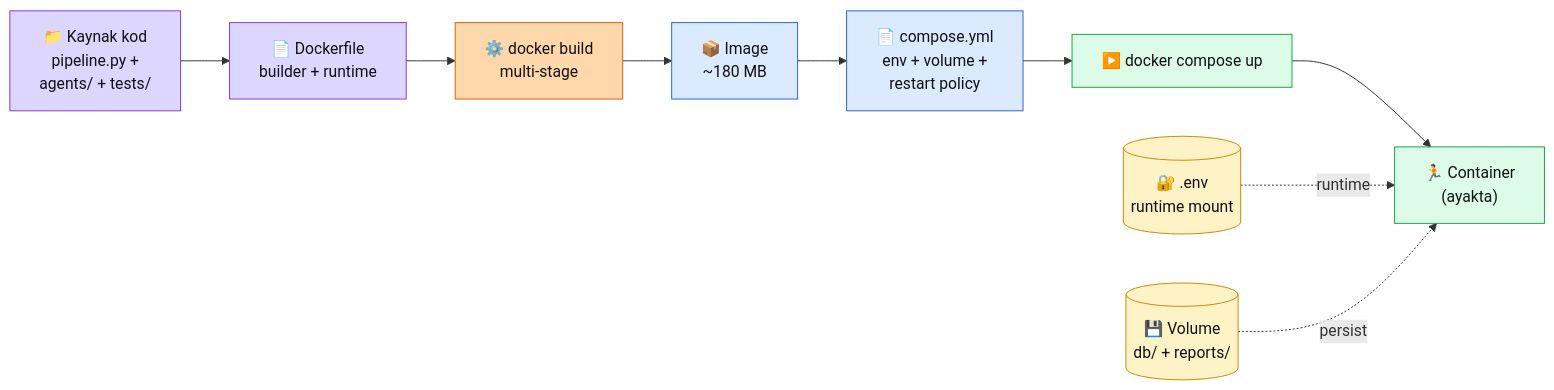
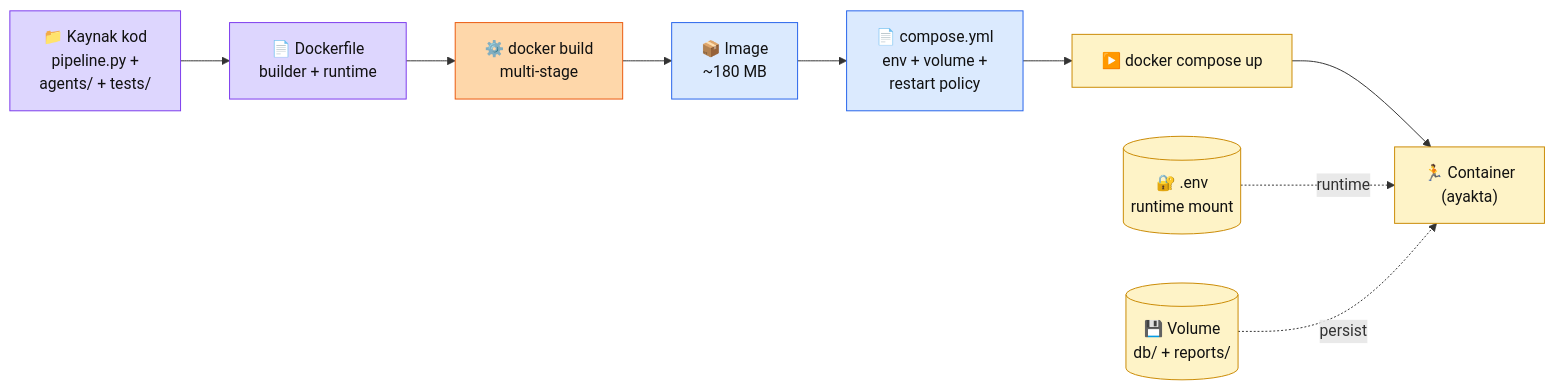
The diagram in docs/bolum-9/01-docker.md (KemalG-u/muhendisal-platform), drawn with Mermaid before and after one commit. The commit also changed other lines of this file and 13 other files, not shown here.

````diff
--- a/docs/bolum-9/01-docker.md
+++ b/docs/bolum-9/01-docker.md
@@ -38,30 +39,30 @@
 ```mermaid
 flowchart LR
     SRC["📁 Kaynak kod\npipeline.py +\nagents/ + tests/"]
     DFILE["📄 Dockerfile\nbuilder + runtime"]
     BUILD["⚙️ docker build\nmulti-stage"]
     IMG["📦 Image\n~180 MB"]
     COMPOSE["📄 compose.yml\nenv + volume +\nrestart policy"]
     UP["▶️ docker compose up"]
     RUN["🏃 Container\n(ayakta)"]
     ENV[("🔐 .env\nruntime mount")]
     VOL[("💾 Volume\ndb/ + reports/")]
 
     SRC --> DFILE
     DFILE --> BUILD --> IMG
     IMG --> COMPOSE
     COMPOSE --> UP --> RUN
     ENV -.runtime.-> RUN
     VOL -.persist.-> RUN
 
     classDef src fill:#ddd6fe,stroke:#7c3aed,color:#111
     classDef build fill:#fed7aa,stroke:#ea580c,color:#111
     classDef img fill:#dbeafe,stroke:#2563eb,color:#111
-    classDef run fill:#dcfce7,stroke:#16a34a,color:#111
+    classDef run fill:#fef3c7,stroke:#ca8a04,color:#111
     classDef data fill:#fef3c7,stroke:#ca8a04,color:#111
     class SRC,DFILE src
     class BUILD build
     class IMG,COMPOSE img
     class UP,RUN run
     class ENV,VOL data
 ```
````
